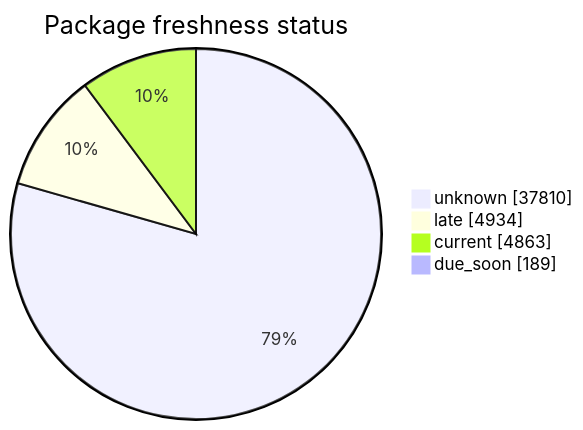
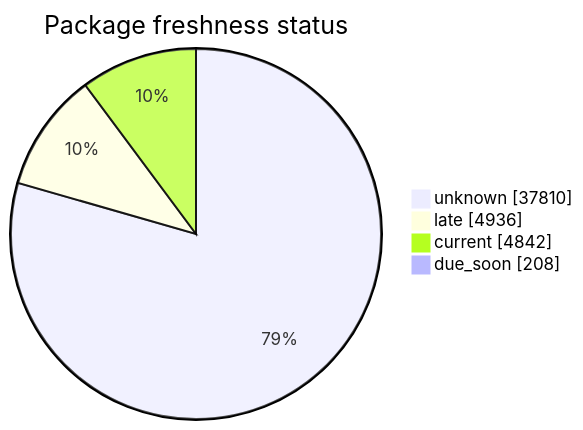
Before and after one commit to open-data/analytics-corporate-reporting: the second of 5 diagrams in FreshCheck/README.md, drawn with Mermaid. The commit also changed other lines of this file and 3 other files, not shown here.

````diff
--- a/FreshCheck/README.md
+++ b/FreshCheck/README.md
@@ -68,7 +68,7 @@
 ```mermaid
 pie showData title Package freshness status
     "unknown": 37810
-    "late": 4934
-    "current": 4863
-    "due_soon": 189
+    "late": 4936
+    "current": 4842
+    "due_soon": 208
 ```
````
